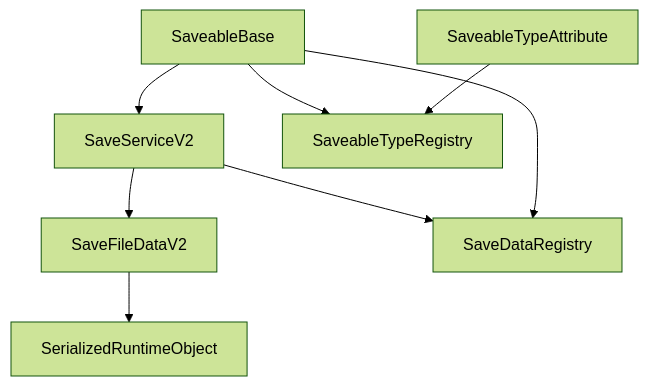
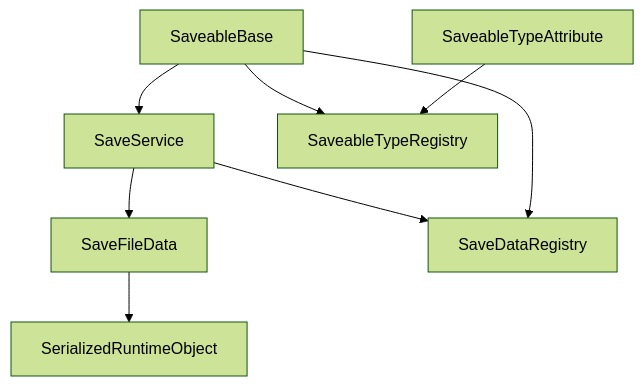
The diagram in Assets/Documentation/SaveSystem_Documentation.md (gary-boyle/UCTools_BaseProject), drawn with Mermaid (forest theme) before and after one commit. The commit also changed other lines of this file and 21 other files, not shown here.

````diff
--- a/Assets/Documentation/SaveSystem_Documentation.md
+++ b/Assets/Documentation/SaveSystem_Documentation.md
@@ -22,10 +22,10 @@
 ```mermaid
 graph TB
-    A[SaveableBase] --> B[SaveServiceV2]
-    B --> C[SaveFileDataV2]
+    A[SaveableBase] --> B[SaveService]
+    B --> C[SaveFileData]
     C --> D[SerializedRuntimeObject]
     A --> E[SaveableTypeRegistry]
     F[SaveableTypeAttribute] --> E
     B --> G[SaveDataRegistry]
     A --> G
 ```
````
